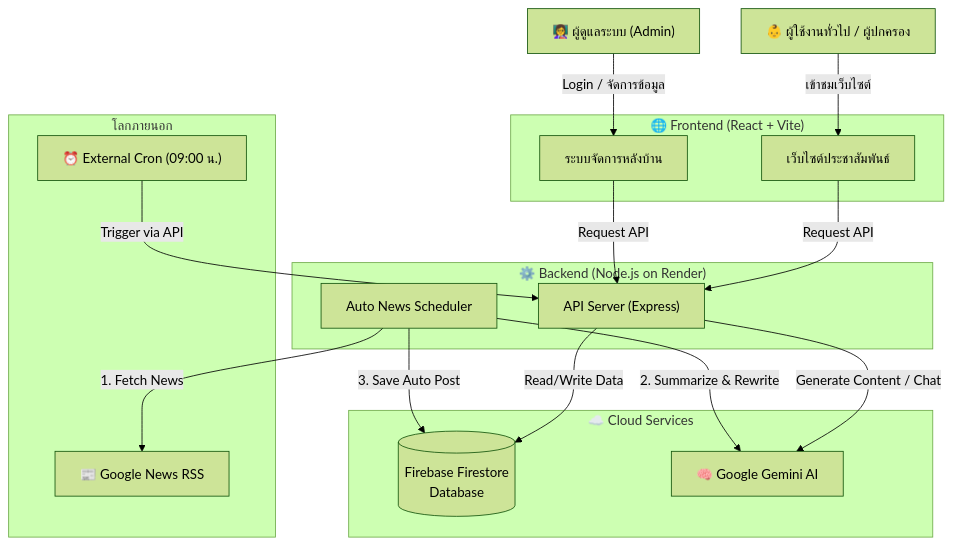
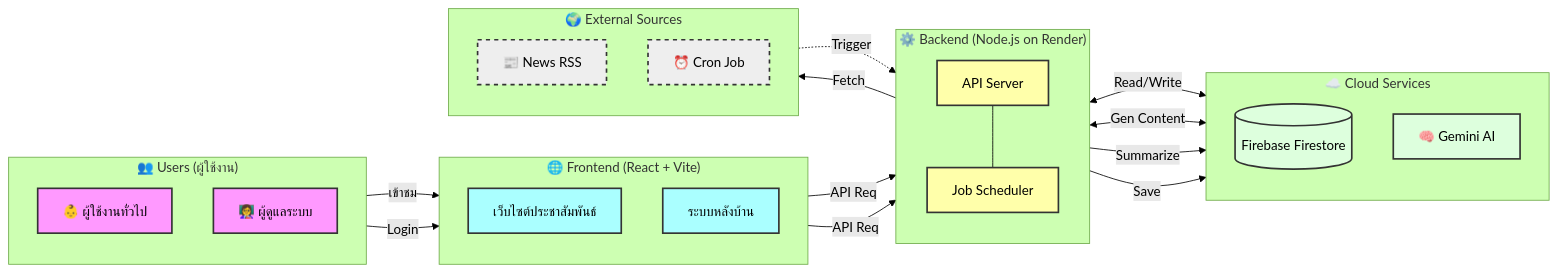
Before and after one commit to Xmax-001/nongmim: the diagram in README.md, drawn with Mermaid (forest theme).

Commit message:
Update system architecture diagram in README

````diff
--- a/README.md
+++ b/README.md
@@ -17,45 +17,63 @@
 ```mermaid
-graph TD
+graph LR
+    %% Styles
+    classDef user fill:#f9f,stroke:#333,stroke-width:2px;
+    classDef frontend fill:#aff,stroke:#333,stroke-width:2px;
+    classDef backend fill:#ffa,stroke:#333,stroke-width:2px;
+    classDef data fill:#dfd,stroke:#333,stroke-width:2px;
+    classDef external fill:#eee,stroke:#333,stroke-width:2px,stroke-dasharray: 5 5;
+
     %% Users
-    User["👶 ผู้ใช้งานทั่วไป / ผู้ปกครอง"]
-    Admin["👩‍🏫 ผู้ดูแลระบบ (Admin)"]
+    subgraph Users ["👥 Users (ผู้ใช้งาน)"]
+        direction TB
+        User["👶 ผู้ใช้งานทั่วไป"]:::user
+        Admin["👩‍🏫 ผู้ดูแลระบบ"]:::user
+    end
 
     %% Frontend
-    subgraph Frontend ["🌐 Frontend (React + Vite)"]
-        Web["เว็บไซต์ประชาสัมพันธ์"]
-        AdminPanel["ระบบจัดการหลังบ้าน"]
+    subgraph FrontendSystem ["🌐 Frontend (React + Vite)"]
+        direction TB
+        Web["เว็บไซต์ประชาสัมพันธ์"]:::frontend
+        AdminPanel["ระบบหลังบ้าน"]:::frontend
     end
 
     %% Backend
     subgraph BackendSystem ["⚙️ Backend (Node.js on Render)"]
-        API["API Server (Express)"]
-        Scheduler["Auto News Scheduler"]
+        direction TB
+        API["API Server"]:::backend
+        Scheduler["Job Scheduler"]:::backend
     end
 
-    %% External & Data
+    %% Data & Services
     subgraph CloudServices ["☁️ Cloud Services"]
-        DB[("Firebase Firestore\nDatabase")]
-        Gemini["🧠 Google Gemini AI"]
+        direction TB
+        DB[("Firebase Firestore")]:::data
+        Gemini["🧠 Gemini AI"]:::data
     end
 
-    subgraph External ["โลกภายนอก"]
-        RSS["📰 Google News RSS"]
-        CronJob["⏰ External Cron (09:00 น.)"]
+    %% External
+    subgraph External ["🌍 External Sources"]
+        direction TB
+        RSS["📰 News RSS"]:::external
+        CronJob["⏰ Cron Job"]:::external
     end
 
     %% Connections
-    User -->|เข้าชมเว็บไซต์| Web
-    Admin -->|Login / จัดการข้อมูล| AdminPanel
+    User -->|เข้าชม| Web
+    Admin -->|Login| AdminPanel
+
+    Web -->|API Req| API
+    AdminPanel -->|API Req| API
+
+    API <-->|Read/Write| DB
+    API <-->|Gen Content| Gemini
+
+    %% Auto News Flow
+    CronJob -.->|Trigger| API
+    Scheduler -->|Fetch| RSS
+    Scheduler -->|Summarize| Gemini
+    Scheduler -->|Save| DB
     
-    Web -->|Request API| API
-    AdminPanel -->|Request API| API
-    
-    API -->|Read/Write Data| DB
-    API -->|Generate Content / Chat| Gemini
-    
-    %% Automation Flow
-    CronJob -->|Trigger via API| API
-    Scheduler -->|1. Fetch News| RSS
-    Scheduler -->|2. Summarize & Rewrite| Gemini
-    Scheduler -->|3. Save Auto Post| DB
+    %% Internal
+    API --- Scheduler
 ```
````
